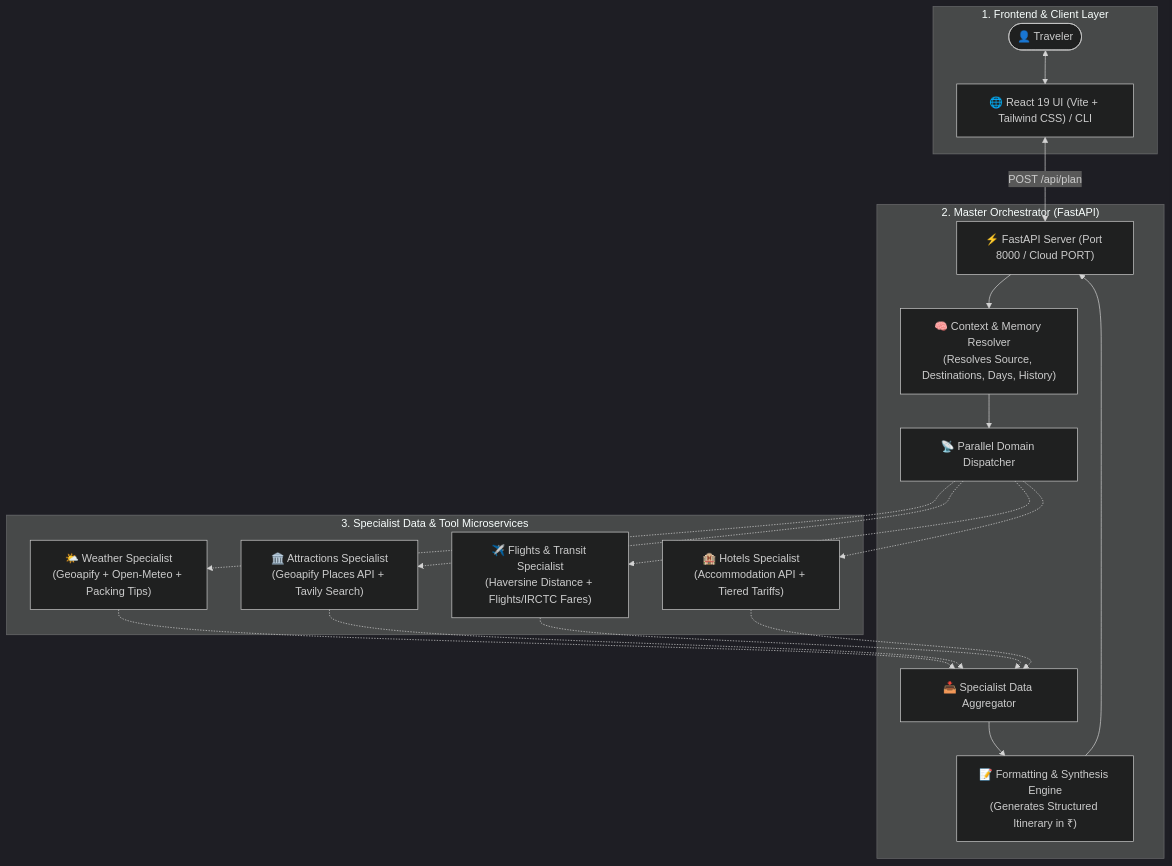
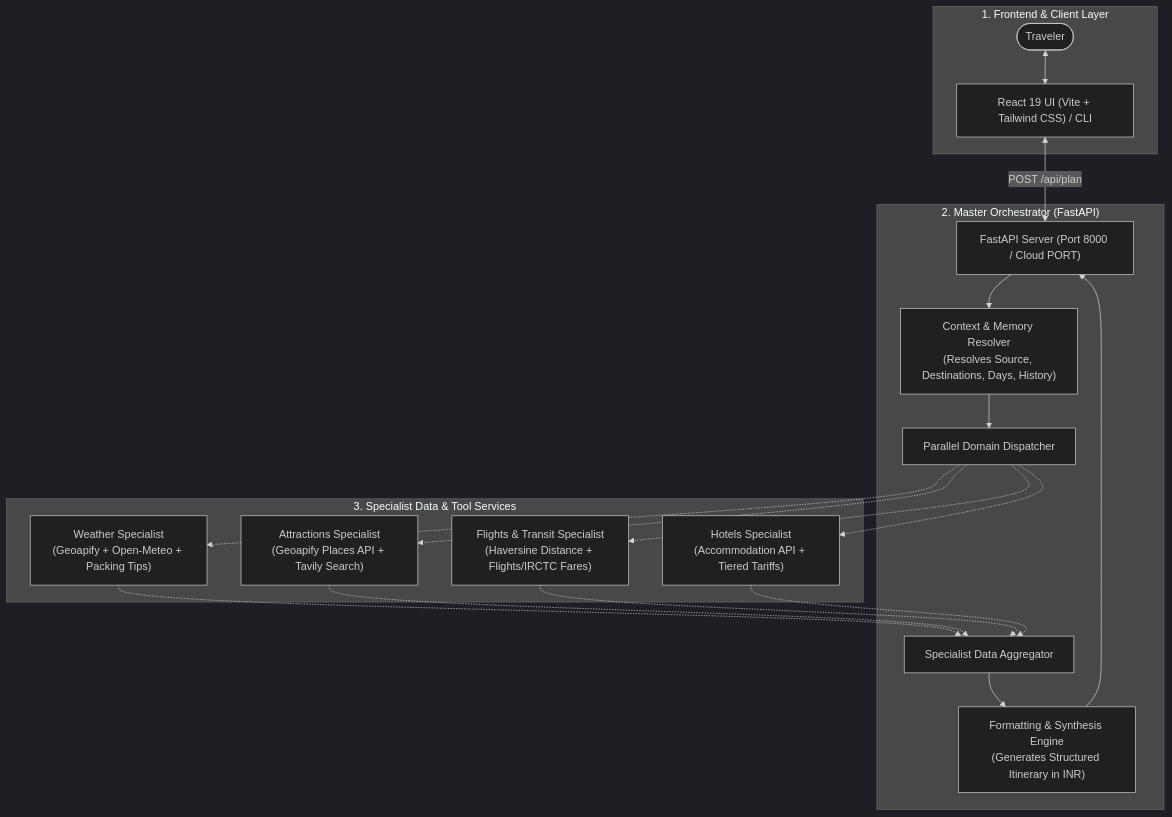
One commit to jineshkhalas/multiagent-travel-planner changed the diagram in README.md. Above: the diagram before and after it, drawn with Mermaid (dark theme). The commit also changed other lines of this file, not shown here.

````diff
--- a/README.md
+++ b/README.md
@@ -27,26 +27,26 @@
 ```mermaid
 flowchart TD
     subgraph Client ["1. Frontend & Client Layer"]
-        User(["👤 Traveler"]) <--> UI["🌐 React 19 UI (Vite + Tailwind CSS) / CLI"]
+        User(["Traveler"]) <--> UI["React 19 UI (Vite + Tailwind CSS) / CLI"]
     end
 
     subgraph Master ["2. Master Orchestrator (FastAPI)"]
-        UI <-->|POST /api/plan| API["⚡ FastAPI Server (Port 8000 / Cloud PORT)"]
-        API --> ContextAgent["🧠 Context & Memory Resolver\n(Resolves Source, Destinations, Days, History)"]
-        ContextAgent --> Dispatcher["📡 Parallel Domain Dispatcher"]
-        Aggregator["📥 Specialist Data Aggregator"] --> FormattingAgent["📝 Formatting & Synthesis Engine\n(Generates Structured Itinerary in ₹)"]
+        UI <-->|POST /api/plan| API["FastAPI Server (Port 8000 / Cloud PORT)"]
+        API --> ContextAgent["Context & Memory Resolver\n(Resolves Source, Destinations, Days, History)"]
+        ContextAgent --> Dispatcher["Parallel Domain Dispatcher"]
+        Aggregator["Specialist Data Aggregator"] --> FormattingAgent["Formatting & Synthesis Engine\n(Generates Structured Itinerary in INR)"]
         FormattingAgent --> API
     end
 
-    subgraph Specialists ["3. Specialist Data & Tool Microservices"]
-        Dispatcher -.-> W["🌤️ Weather Specialist\n(Geoapify + Open-Meteo + Packing Tips)"]
-        Dispatcher -.-> A["🏛️ Attractions Specialist\n(Geoapify Places API + Tavily Search)"]
-        Dispatcher -.-> F["✈️ Flights & Transit Specialist\n(Haversine Distance + Flights/IRCTC Fares)"]
-        Dispatcher -.-> H["🏨 Hotels Specialist\n(Accommodation API + Tiered Tariffs)"]
+    subgraph Specialists ["3. Specialist Data & Tool Services"]
+        Dispatcher -.-> W["Weather Specialist\n(Geoapify + Open-Meteo + Packing Tips)"]
+        Dispatcher -.-> A["Attractions Specialist\n(Geoapify Places API + Tavily Search)"]
+        Dispatcher -.-> F["Flights & Transit Specialist\n(Haversine Distance + Flights/IRCTC Fares)"]
+        Dispatcher -.-> H["Hotels Specialist\n(Accommodation API + Tiered Tariffs)"]
 
         W -.-> Aggregator
         A -.-> Aggregator
         F -.-> Aggregator
         H -.-> Aggregator
     end
 ```
````
